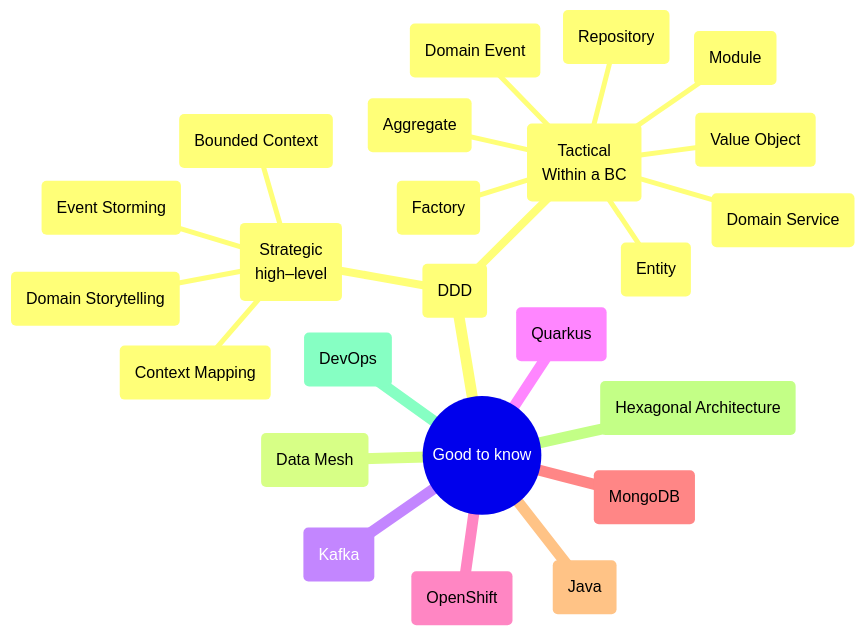
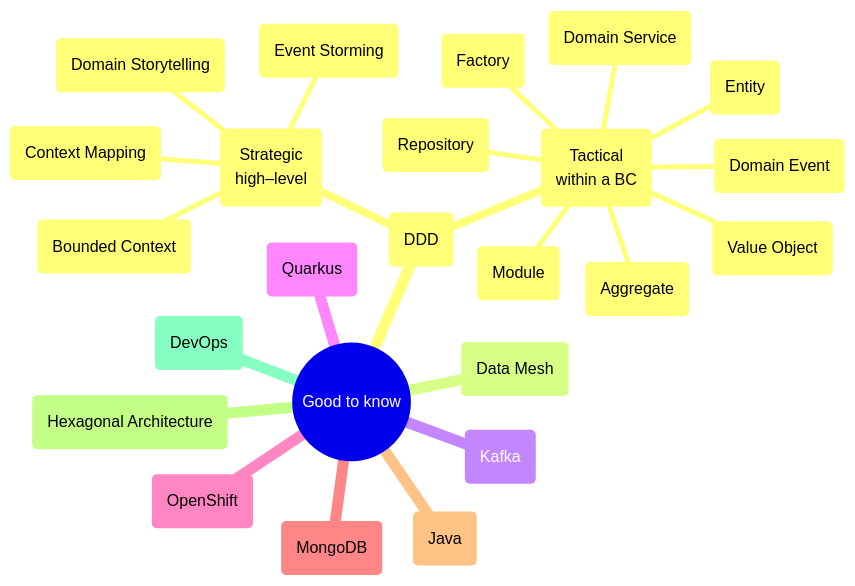
One commit to mhaspra/mindmaps changed the diagram in README.md. Above: the diagram before and after it, drawn with Mermaid.

````diff
--- a/README.md
+++ b/README.md
@@ -2,27 +2,27 @@
 ```mermaid
  mindmap
   root((Good to know))
    (DDD)
     (Strategic<br>high–level)
      (Domain Storytelling)
      (Event Storming)
      (Context Mapping)
      (Bounded Context)
-    (Tactical<br>Within a BC)
+    (Tactical<br>within a BC)
      (Value Object)
      (Entity)
      (Aggregate)
      (Domain Service)
      (Domain Event)
      (Factory)
      (Repository)
      (Module)
    (Data Mesh)
    (Kafka)
    (Quarkus)
    (OpenShift)
    (MongoDB)
    (Java)
    (Hexagonal Architecture)
    (DevOps)
 ```
````
